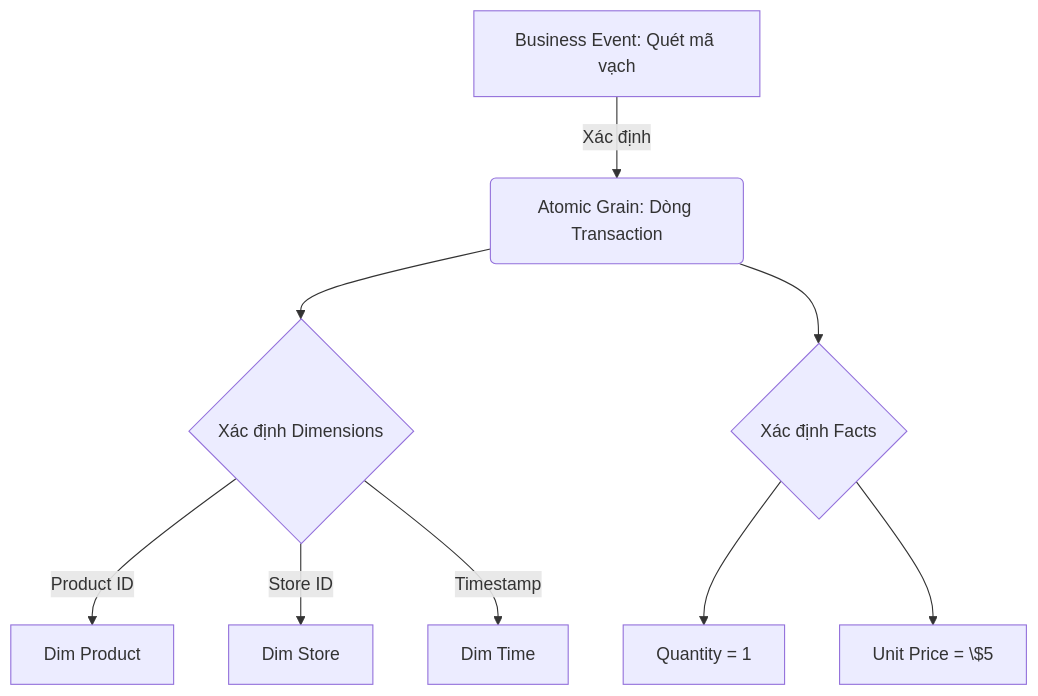
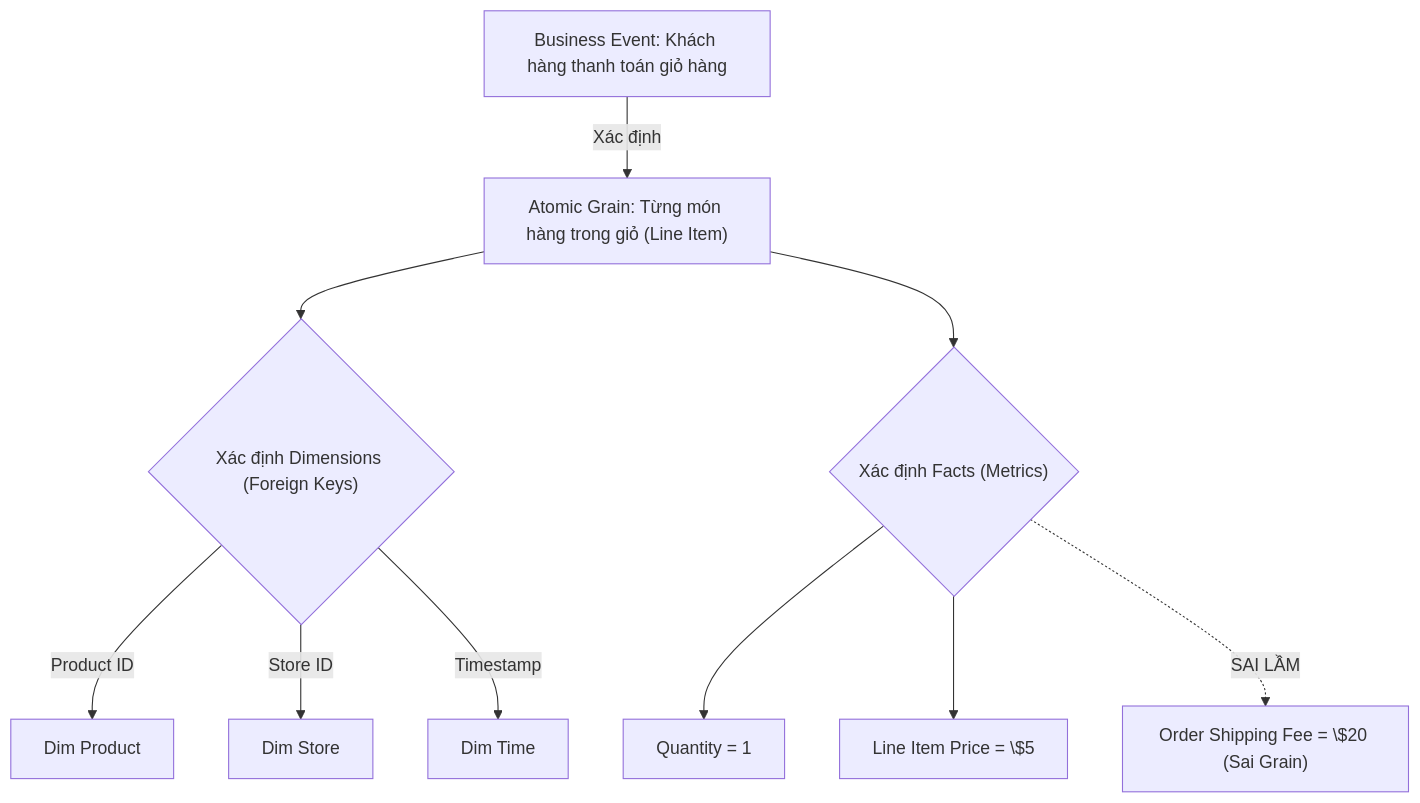
Before and after one commit to kythuatdulieu/kythuatdulieu.github.io: the diagram in src/content/docs/concepts/6-data-modeling-transformation/grain.md, drawn with Mermaid. The commit also changed other lines of this file and 213 other files, not shown here.

Commit message:
Fix syntax and rewrite 200+ concepts docs to deep-dive system architecture and add GA4 tracking to quiz app

````diff
--- a/src/content/docs/concepts/6-data-modeling-transformation/grain.md
+++ b/src/content/docs/concepts/6-data-modeling-transformation/grain.md
@@ -25,12 +24,13 @@
 ```mermaid
 graph TD
-    A["Business Event: Quét mã vạch"] -->|Xác định| B("Atomic Grain: Dòng Transaction")
-    B --> C{"Xác định Dimensions"}
+    A["Business Event: Khách hàng thanh toán giỏ hàng"] -->|Xác định| B["Atomic Grain: Từng món hàng trong giỏ (Line Item)"]
+    B --> C{"Xác định Dimensions (Foreign Keys)"}
     C -->|Product ID| D["Dim Product"]
     C -->|Store ID| E["Dim Store"]
     C -->|Timestamp| F["Dim Time"]
     
-    B --> G{"Xác định Facts"}
+    B --> G{"Xác định Facts (Metrics)"}
     G --> H["Quantity = 1"]
-    G --> I["Unit Price = \$5"]
+    G --> I["Line Item Price = \$5"]
+    G -.->|SAI LẦM| J["Order Shipping Fee = \$20 (Sai Grain)"]
 ```
````
